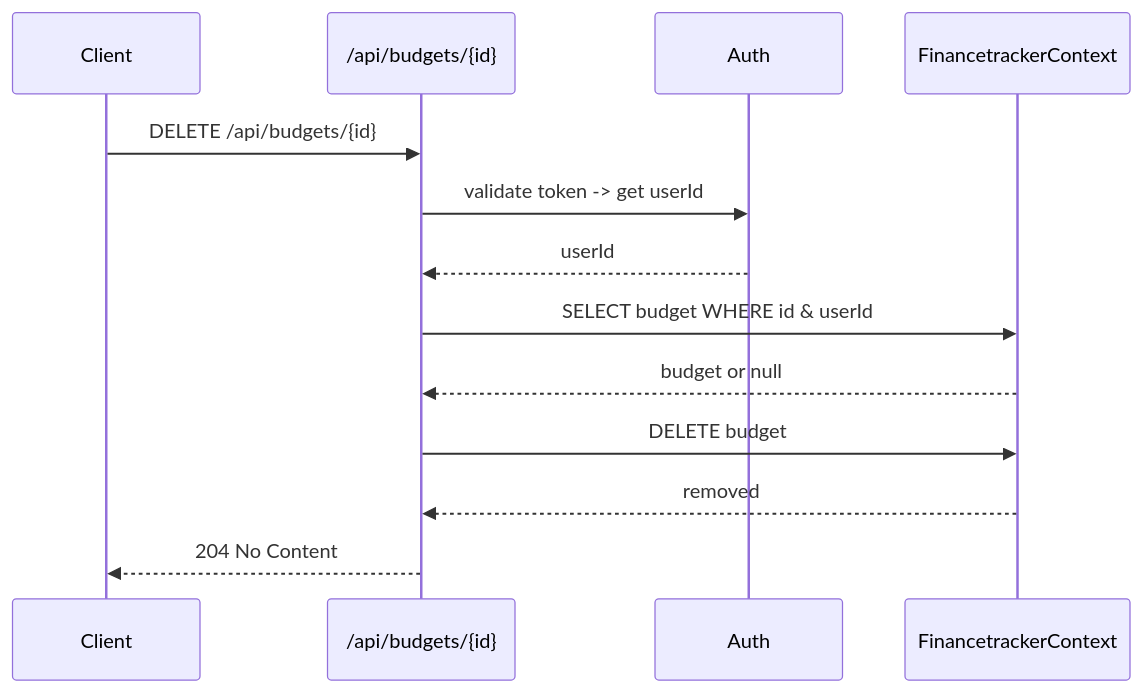
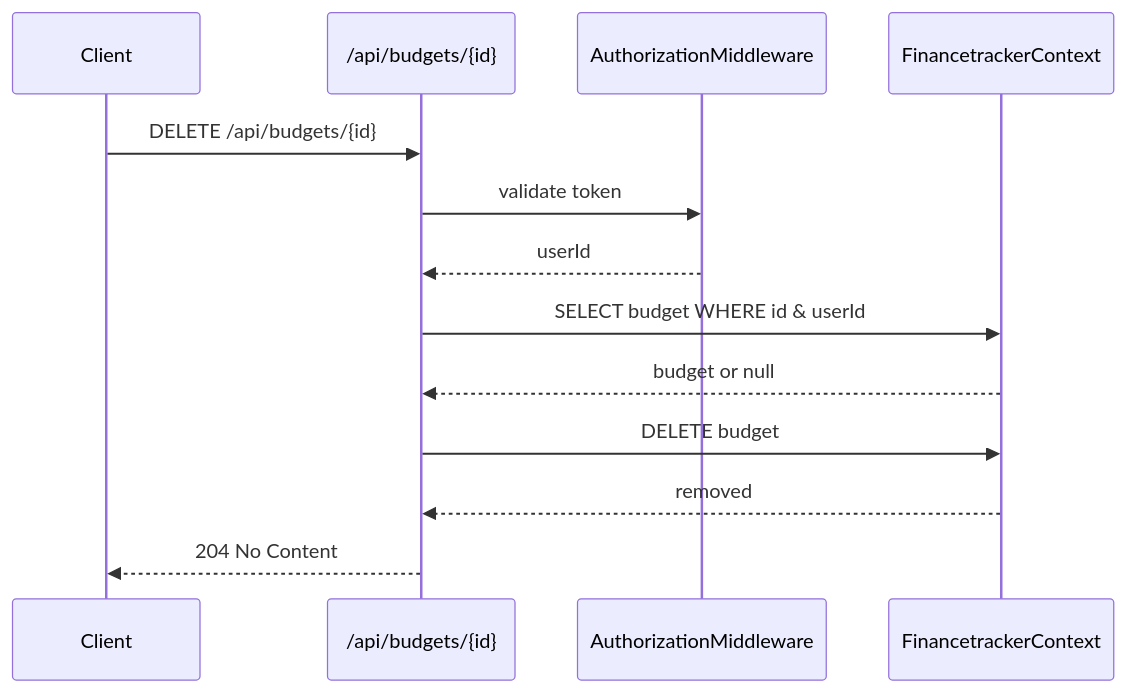
The diagram in docs/sequence-diagrams/budgets/diagrams/delete-budget_1.mmd (cimpa2004/financeTracker), drawn with Mermaid before and after one commit. The commit also changed 16 other files, not shown here.

```diff
--- a/docs/sequence-diagrams/budgets/diagrams/delete-budget_1.mmd
+++ b/docs/sequence-diagrams/budgets/diagrams/delete-budget_1.mmd
@@ -1,14 +1,14 @@
 sequenceDiagram
     participant Client
     participant API as /api/budgets/{id}
-    participant Auth
+    participant AuthorizationMiddleware
     participant Db as FinancetrackerContext
 
     Client->>API: DELETE /api/budgets/{id}
-    API->>Auth: validate token -> get userId
-    Auth-->>API: userId
+    API->>AuthorizationMiddleware: validate token
+    AuthorizationMiddleware-->>API: userId
     API->>Db: SELECT budget WHERE id & userId
     Db-->>API: budget or null
     API->>Db: DELETE budget
     Db-->>API: removed
     API-->>Client: 204 No Content
```
